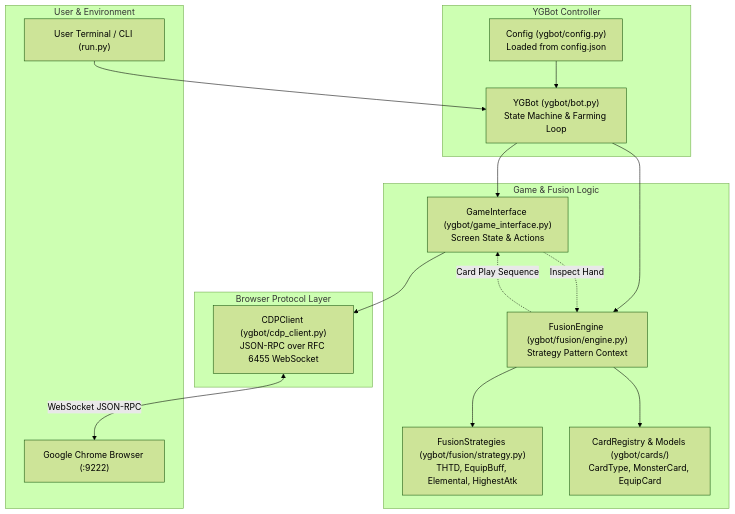
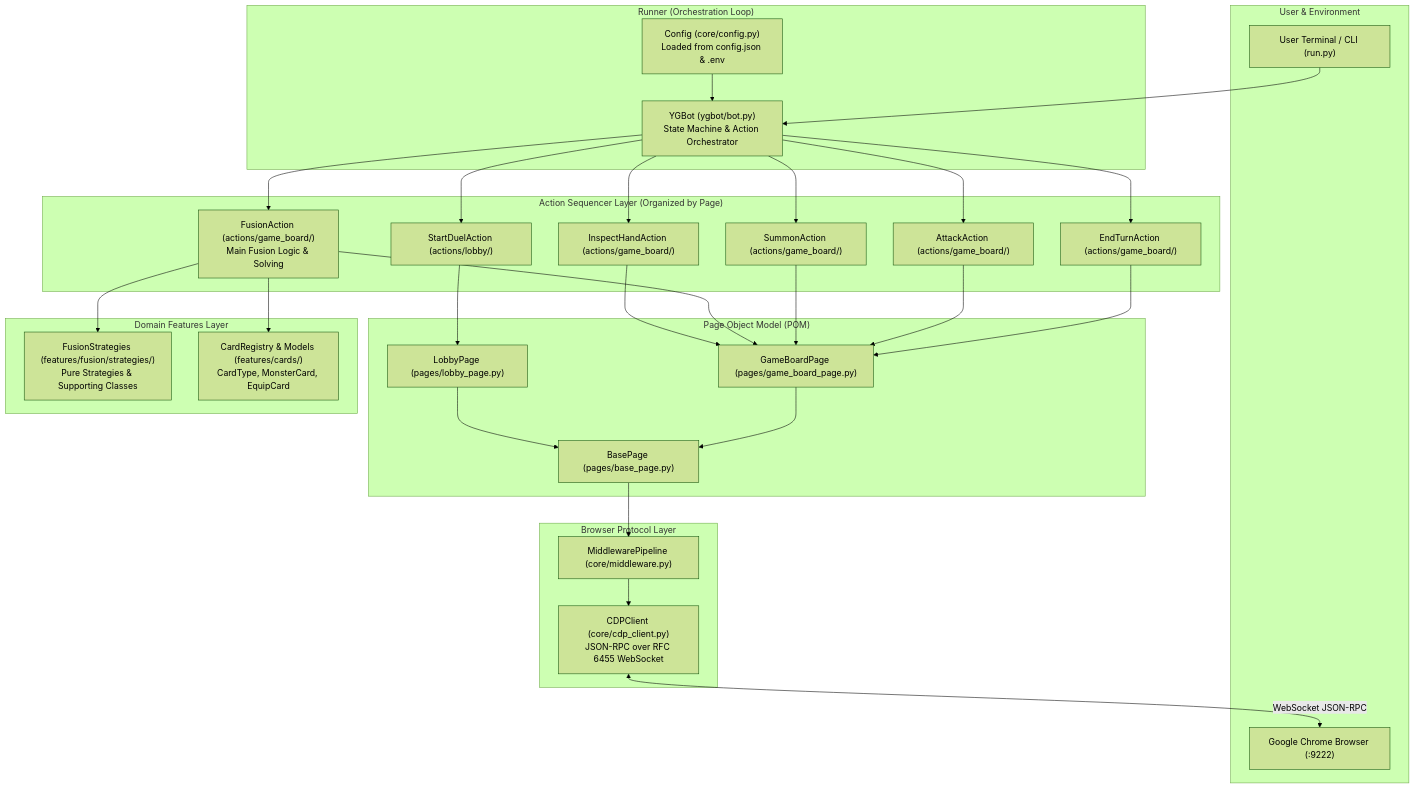
Before and after one commit to paulowinw/ygofm_bot: the first of 2 diagrams in README.md, drawn with Mermaid (forest theme). The commit also changed other lines of this file and 70 other files, not shown here.

Commit message:
Applying the desing patter Facade Pattern (GoF), to cdp_client

````diff
--- a/README.md
+++ b/README.md
@@ -268,34 +288,61 @@
 ```mermaid
 flowchart TD
     subgraph User["User & Environment"]
         CLI["User Terminal / CLI (run.py)"]
         Chrome["Google Chrome Browser (:9222)"]
     end
 
-    subgraph Core["YGBot Controller"]
-        Bot["YGBot (ygbot/bot.py)\nState Machine & Farming Loop"]
-        Cfg["Config (ygbot/config.py)\nLoaded from config.json"]
+    subgraph Core["Runner (Orchestration Loop)"]
+        Bot["YGBot (ygbot/bot.py)\nState Machine & Action Orchestrator"]
+        Cfg["Config (core/config.py)\nLoaded from config.json & .env"]
     end
 
-    subgraph Logic["Game & Fusion Logic"]
-        GI["GameInterface (ygbot/game_interface.py)\nScreen State & Actions"]
-        FE["FusionEngine (ygbot/fusion/engine.py)\nStrategy Pattern Context"]
-        FS["FusionStrategies (ygbot/fusion/strategy.py)\nTHTD, EquipBuff, Elemental, HighestAtk"]
-        CR["CardRegistry & Models (ygbot/cards/)\nCardType, MonsterCard, EquipCard"]
+    subgraph Actions["Action Sequencer Layer (Organized by Page)"]
+        SDA["StartDuelAction (actions/lobby/)"]
+        IHA["InspectHandAction (actions/game_board/)"]
+        FA["FusionAction (actions/game_board/)\nMain Fusion Logic & Solving"]
+        SMA["SummonAction (actions/game_board/)"]
+        ATA["AttackAction (actions/game_board/)"]
+        ETA["EndTurnAction (actions/game_board/)"]
+    end
+
+    subgraph POM["Page Object Model (POM)"]
+        LP["LobbyPage (pages/lobby_page.py)"]
+        GBP["GameBoardPage (pages/game_board_page.py)"]
+        BP["BasePage (pages/base_page.py)"]
+    end
+
+    subgraph Logic["Domain Features Layer"]
+        FS["FusionStrategies (features/fusion/strategies/)\nPure Strategies & Supporting Classes"]
+        CR["CardRegistry & Models (features/cards/)\nCardType, MonsterCard, EquipCard"]
     end
 
     subgraph Protocol["Browser Protocol Layer"]
-        CDP["CDPClient (ygbot/cdp_client.py)\nJSON-RPC over RFC 6455 WebSocket"]
+        MW["MiddlewarePipeline (core/middleware.py)"]
+        CDP["CDPClient (core/cdp_client.py)\nJSON-RPC over RFC 6455 WebSocket"]
     end
 
     CLI --> Bot
     Cfg --> Bot
-    Bot --> GI
-    Bot --> FE
-    FE --> CR
-    FE --> FS
-    GI --> CDP
+    Bot --> SDA
+    Bot --> IHA
+    Bot --> FA
+    Bot --> SMA
+    Bot --> ATA
+    Bot --> ETA
+
+    SDA --> LP
+    IHA --> GBP
+    FA --> GBP
+    FA --> FS
+    FA --> CR
+    SMA --> GBP
+    ATA --> GBP
+    ETA --> GBP
+
+    LP --> BP
+    GBP --> BP
+    BP --> MW
+    MW --> CDP
     CDP <-->|WebSocket JSON-RPC| Chrome
-    GI -.->|Inspect Hand| FE
-    FE -.->|Card Play Sequence| GI
 ```
````
